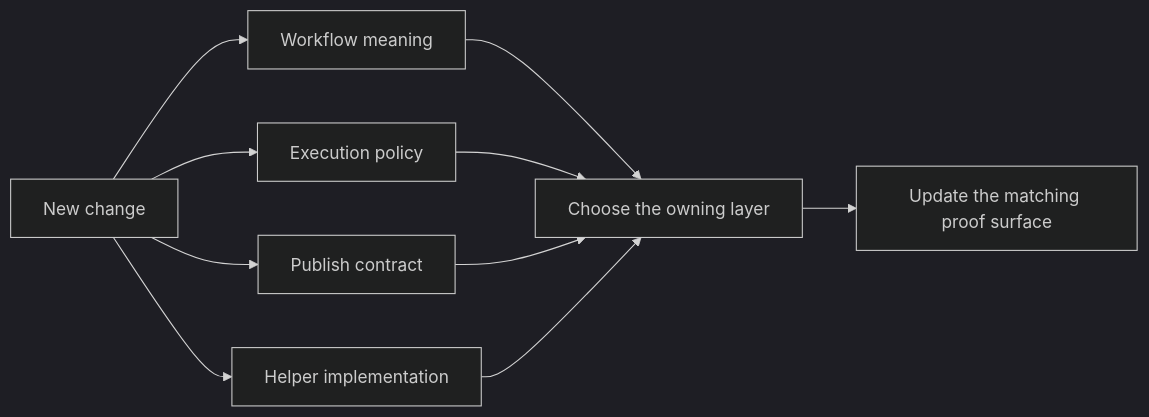
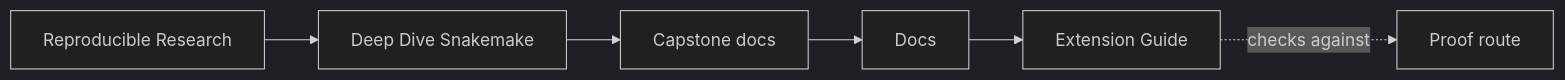
Before and after one commit to bijux/bijux-masterclass: the first of 2 diagrams in programs/reproducible-research/deep-dive-snakemake/capstone/docs/extension-guide.md, drawn with Mermaid (dark theme). The commit also changed other lines of this file and 149 other files, not shown here.

Commit message:
docs(deep-dive-snakemake): map workflow proof and operations surfaces

````diff
--- a/programs/reproducible-research/deep-dive-snakemake/capstone/docs/extension-guide.md
+++ b/programs/reproducible-research/deep-dive-snakemake/capstone/docs/extension-guide.md
@@ -6,12 +6,12 @@
 ```mermaid
 graph LR
-  change["New change"] --> workflow["Workflow meaning"]
-  change --> policy["Execution policy"]
-  change --> publish["Publish contract"]
-  change --> code["Helper implementation"]
-  workflow --> owner["Choose the owning layer"]
-  policy --> owner
-  publish --> owner
-  code --> owner
-  owner --> evidence["Update the matching proof surface"]
+  family["Reproducible Research"]
+  program["Deep Dive Snakemake"]
+  guide["Capstone docs"]
+  section["Docs"]
+  page["Extension Guide"]
+  proof["Proof route"]
+
+  family --> program --> guide --> section --> page
+  page -.checks against.-> proof
 ```
````
